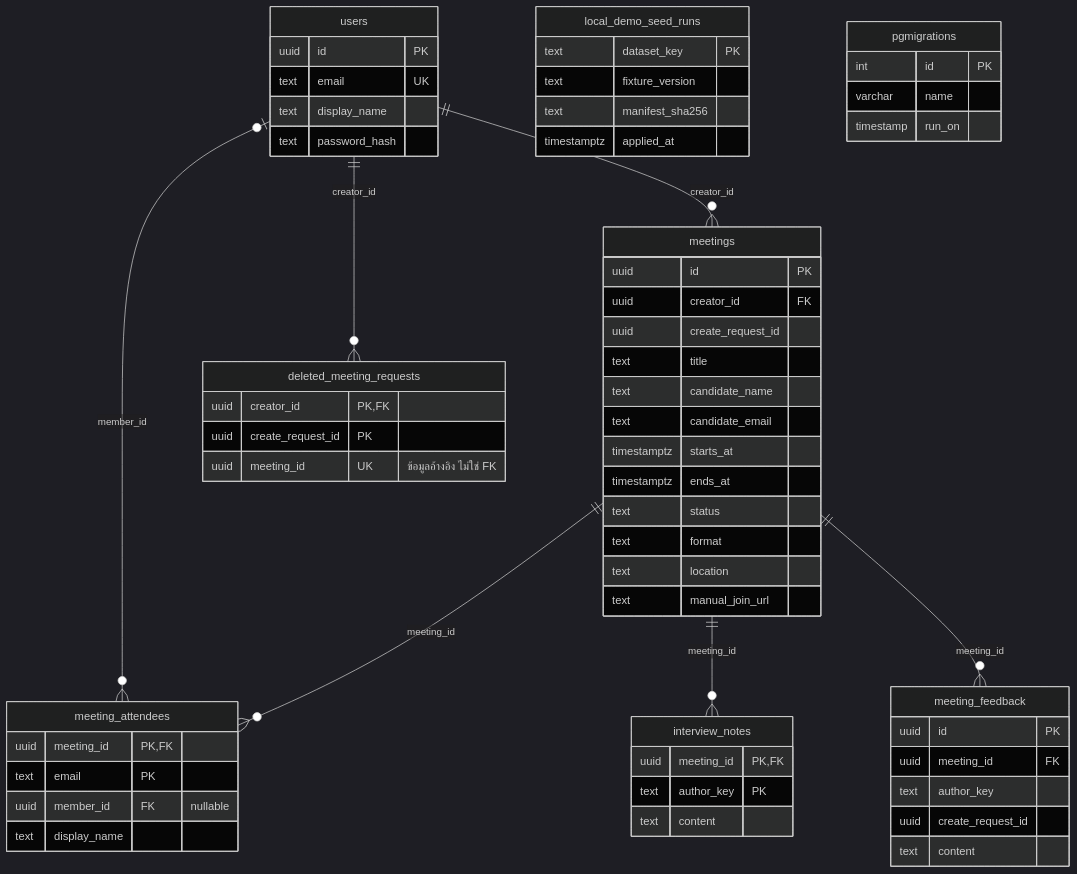
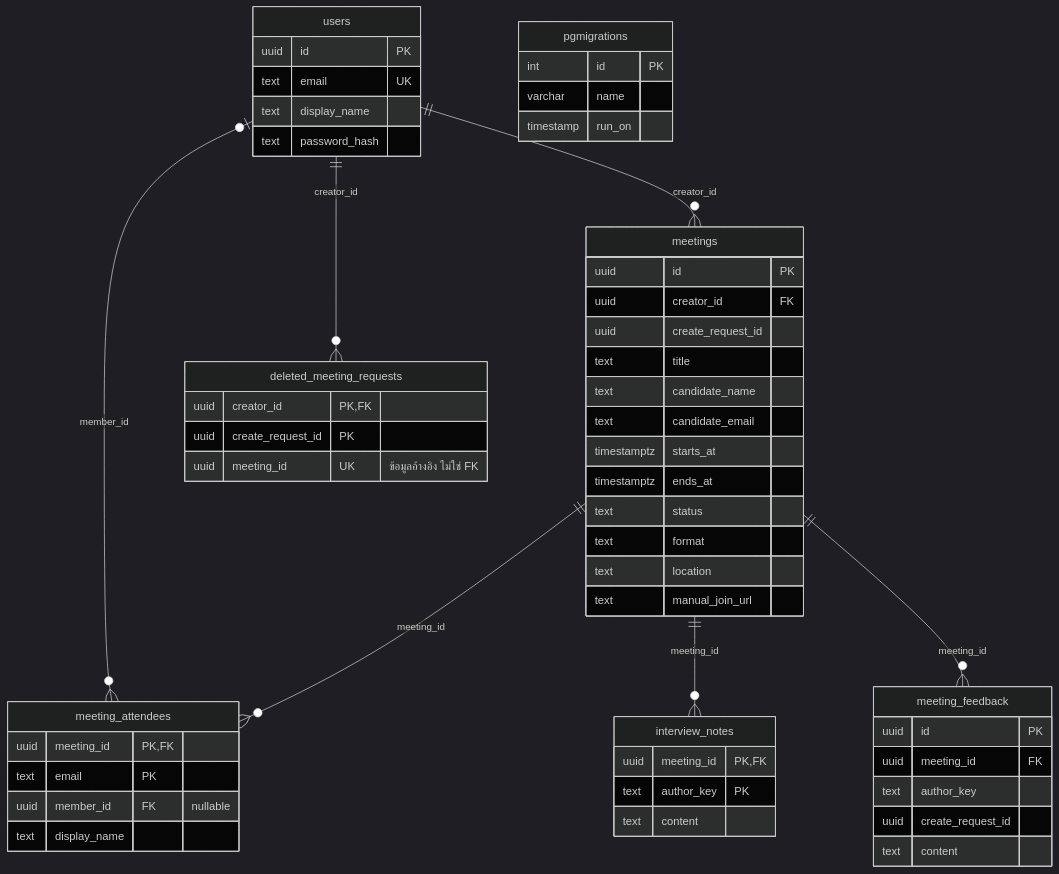
One commit to apinyattp/eggdigital-assignment changed the second of 2 diagrams in README.md. Above: the diagram before and after it, drawn with Mermaid (dark theme).

Commit message:
Remove local_demo_seed_runs table from documentation
Removed local_demo_seed_runs table definition from README.

````diff
--- a/README.md
+++ b/README.md
@@ -32,64 +32,58 @@
 ```mermaid
 erDiagram
   users ||--o{ meetings : creator_id
   users |o--o{ meeting_attendees : member_id
   meetings ||--o{ meeting_attendees : meeting_id
   meetings ||--o{ interview_notes : meeting_id
   meetings ||--o{ meeting_feedback : meeting_id
   users ||--o{ deleted_meeting_requests : creator_id
 
   users {
     uuid id PK
     text email UK
     text display_name
     text password_hash
   }
   meetings {
     uuid id PK
     uuid creator_id FK
     uuid create_request_id
     text title
     text candidate_name
     text candidate_email
     timestamptz starts_at
     timestamptz ends_at
     text status
     text format
     text location
     text manual_join_url
   }
   meeting_attendees {
     uuid meeting_id PK,FK
     text email PK
     uuid member_id FK "nullable"
     text display_name
   }
   interview_notes {
     uuid meeting_id PK,FK
     text author_key PK
     text content
   }
   meeting_feedback {
     uuid id PK
     uuid meeting_id FK
     text author_key
     uuid create_request_id
     text content
   }
   deleted_meeting_requests {
     uuid creator_id PK,FK
     uuid create_request_id PK
     uuid meeting_id UK "ข้อมูลอ้างอิง ไม่ใช่ FK"
   }
-  local_demo_seed_runs {
-    text dataset_key PK
-    text fixture_version
-    text manifest_sha256
-    timestamptz applied_at
-  }
   pgmigrations {
     int id PK
     varchar name
     timestamp run_on
   }
 ```
````
